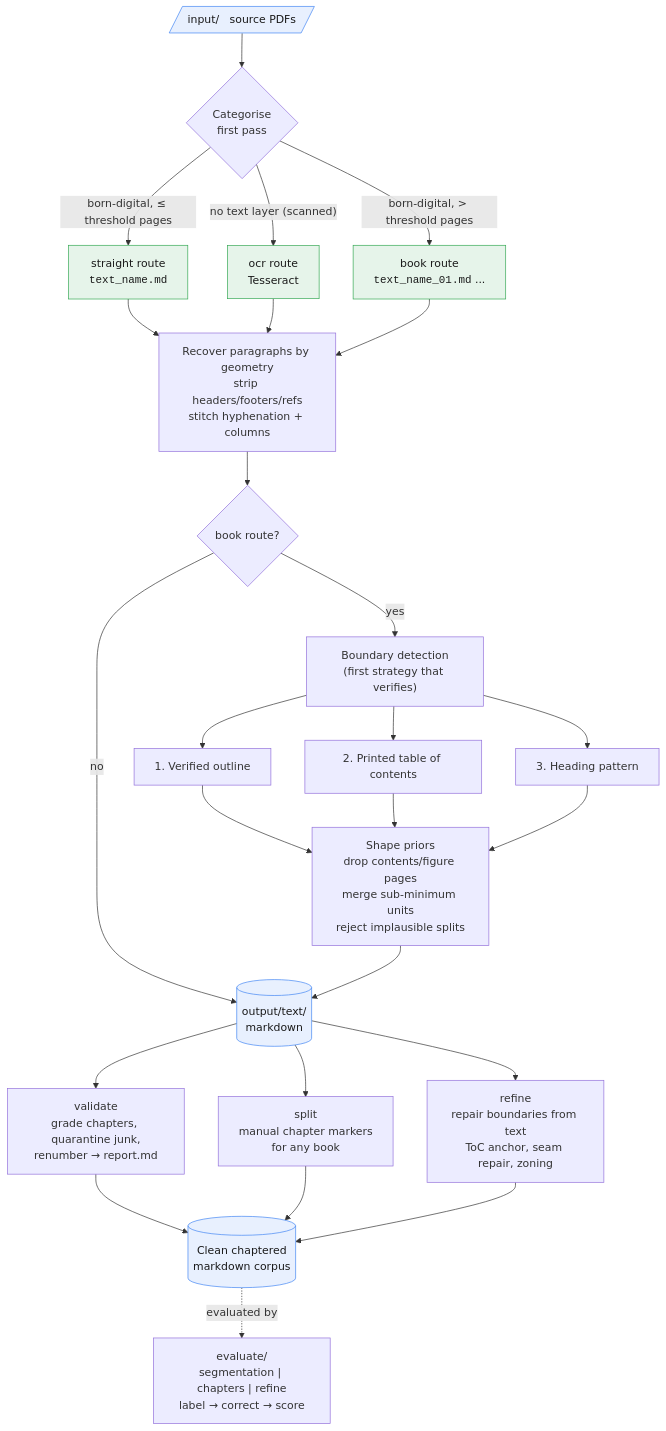
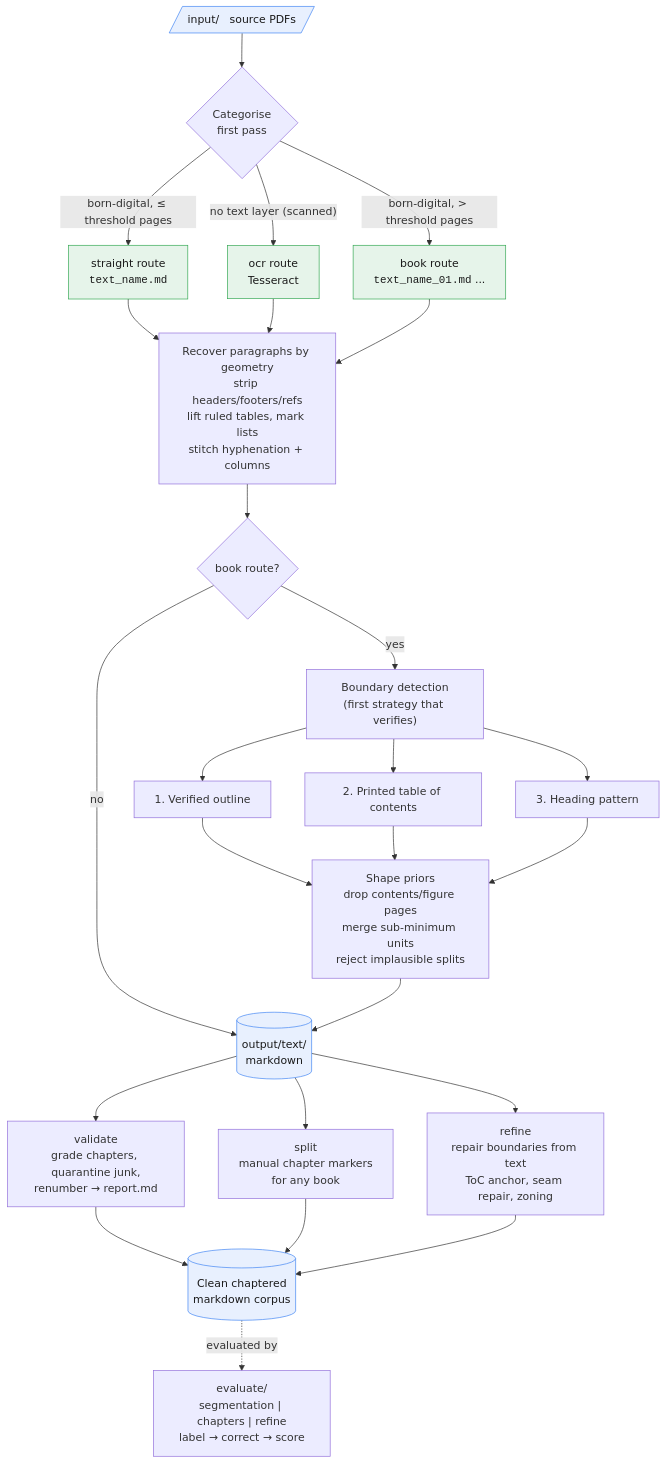
Before and after one commit to mashud37/pepa-workers: the diagram in workers/pepa-prep/README.md, drawn with Mermaid. The commit also changed other lines of this file and 8 other files, not shown here.

````diff
--- a/workers/pepa-prep/README.md
+++ b/workers/pepa-prep/README.md
@@ -7,39 +7,39 @@
 ```mermaid
 flowchart TD
     IN[/"input/ &nbsp; source PDFs"/] --> CAT{"Categorise<br/>first pass"}
 
     CAT -->|"born-digital, &le; threshold pages"| STRAIGHT["straight route<br/><code>text_name.md</code>"]
     CAT -->|"born-digital, &gt; threshold pages"| BOOK["book route<br/><code>text_name_01.md</code> ..."]
     CAT -->|"no text layer (scanned)"| OCR["ocr route<br/>Tesseract"]
 
-    STRAIGHT --> GEOM["Recover paragraphs by geometry<br/>strip headers/footers/refs<br/>stitch hyphenation + columns"]
+    STRAIGHT --> GEOM["Recover paragraphs by geometry<br/>strip headers/footers/refs<br/>lift ruled tables, mark lists<br/>stitch hyphenation + columns"]
     OCR --> GEOM
     BOOK --> GEOM
 
     GEOM --> ISBOOK{"book route?"}
     ISBOOK -->|no| MD[("output/text/<br/>markdown")]
 
     ISBOOK -->|yes| BND["Boundary detection<br/>(first strategy that verifies)"]
     BND --> S1["1. Verified outline"]
     BND --> S2["2. Printed table of contents"]
     BND --> S3["3. Heading pattern"]
     S1 --> PRIOR["Shape priors<br/>drop contents/figure pages<br/>merge sub-minimum units<br/>reject implausible splits"]
     S2 --> PRIOR
     S3 --> PRIOR
     PRIOR --> MD
 
     MD --> VAL["validate<br/>grade chapters, quarantine junk,<br/>renumber &rarr; report.md"]
     MD --> SPLIT["split<br/>manual chapter markers<br/>for any book"]
     MD --> REF["refine<br/>repair boundaries from text<br/>ToC anchor, seam repair, zoning"]
 
     VAL --> FINAL[("Clean chaptered<br/>markdown corpus")]
     SPLIT --> FINAL
     REF --> FINAL
 
     FINAL -.evaluated by.-> EVAL["evaluate/<br/>segmentation | chapters | refine<br/>label &rarr; correct &rarr; score"]
 
     classDef store fill:#e8f0fe,stroke:#4285f4,color:#1a1a1a;
     classDef route fill:#e6f4ea,stroke:#34a853,color:#1a1a1a;
     class IN,MD,FINAL store;
     class STRAIGHT,BOOK,OCR route;
 ```
````
